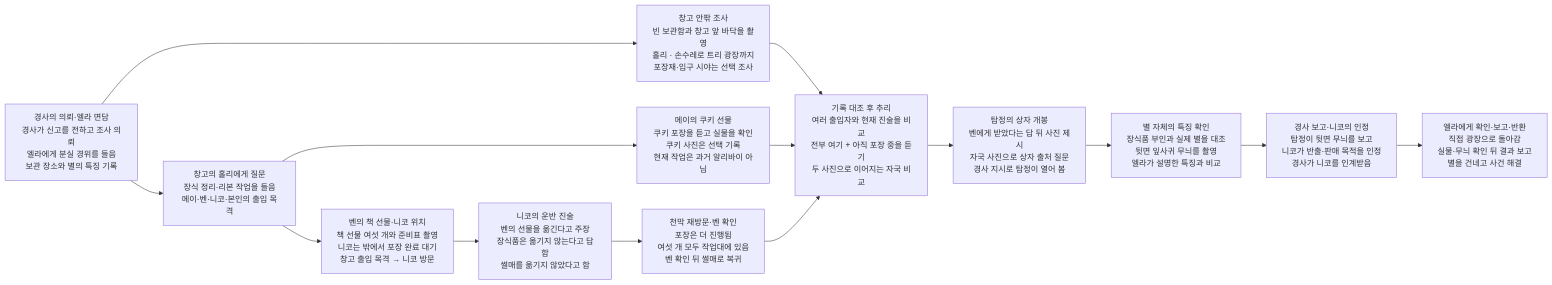
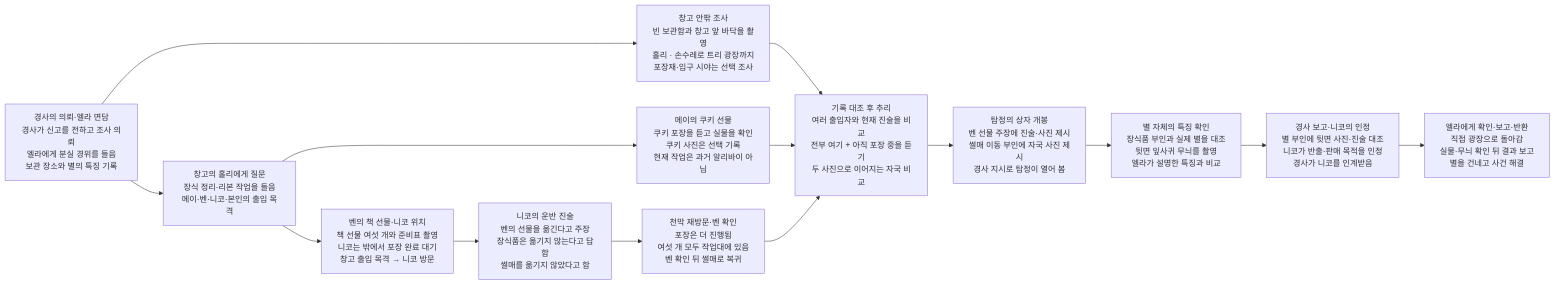
One commit to wonny95/detective-v2 changed the second of 2 diagrams in design/case-10-christmas-star.md. Above: the diagram before and after it, drawn with Mermaid. The commit also changed other lines of this file and 6 other files, not shown here.

Commit message:
기획: 니코의 주장에 증거로 반박하는 대질로 변경

````diff
--- a/design/case-10-christmas-star.md
+++ b/design/case-10-christmas-star.md
@@ -47,28 +47,28 @@
 ```mermaid
 flowchart LR
     s1["경사의 의뢰·엘라 면담<br/>경사가 신고를 전하고 조사 의뢰<br/>엘라에게 분실 경위를 들음<br/>보관 장소와 별의 특징 기록"]
     s2["창고의 홀리에게 질문<br/>장식 정리·리본 작업을 들음<br/>메이·벤·니코·본인의 출입 목격"]
     s3["창고 안팎 조사<br/>빈 보관함과 창고 앞 바닥을 촬영<br/>홀리 · 손수레로 트리 광장까지<br/>포장재·입구 시야는 선택 조사"]
     s4["메이의 쿠키 선물<br/>쿠키 포장을 듣고 실물을 확인<br/>쿠키 사진은 선택 기록<br/>현재 작업은 과거 알리바이 아님"]
     s5["벤의 책 선물·니코 위치<br/>책 선물 여섯 개와 준비표 촬영<br/>니코는 밖에서 포장 완료 대기<br/>창고 출입 목격 → 니코 방문"]
     s6["니코의 운반 진술<br/>벤의 선물을 옮긴다고 주장<br/>장식품은 옮기지 않는다고 답함<br/>썰매를 옮기지 않았다고 함"]
     s7["천막 재방문·벤 확인<br/>포장은 더 진행됨<br/>여섯 개 모두 작업대에 있음<br/>벤 확인 뒤 썰매로 복귀"]
     s8["기록 대조 후 추리<br/>여러 출입자와 현재 진술을 비교<br/>전부 여기 + 아직 포장 중을 듣기<br/>두 사진으로 이어지는 자국 비교"]
-    s9["탐정의 상자 개봉<br/>벤에게 받았다는 답 뒤 사진 제시<br/>자국 사진으로 상자 출처 질문<br/>경사 지시로 탐정이 열어 봄"]
+    s9["탐정의 상자 개봉<br/>벤 선물 주장에 진술·사진 제시<br/>썰매 이동 부인에 자국 사진 제시<br/>경사 지시로 탐정이 열어 봄"]
     s10["별 자체의 특징 확인<br/>장식품 부인과 실제 별을 대조<br/>뒷면 잎사귀 무늬를 촬영<br/>엘라가 설명한 특징과 비교"]
-    s11["경사 보고·니코의 인정<br/>탐정이 뒷면 무늬를 보고<br/>니코가 반출·판매 목적을 인정<br/>경사가 니코를 인계받음"]
+    s11["경사 보고·니코의 인정<br/>별 부인에 뒷면 사진·진술 대조<br/>니코가 반출·판매 목적을 인정<br/>경사가 니코를 인계받음"]
     s12["엘라에게 확인·보고·반환<br/>직접 광장으로 돌아감<br/>실물·무늬 확인 뒤 결과 보고<br/>별을 건네고 사건 해결"]
     s1 --> s2
     s1 --> s3
     s2 --> s4
     s2 --> s5
     s3 --> s8
     s4 --> s8
     s5 --> s6
     s6 --> s7
     s7 --> s8
     s8 --> s9
     s9 --> s10
     s10 --> s11
     s11 --> s12
 ```
````
